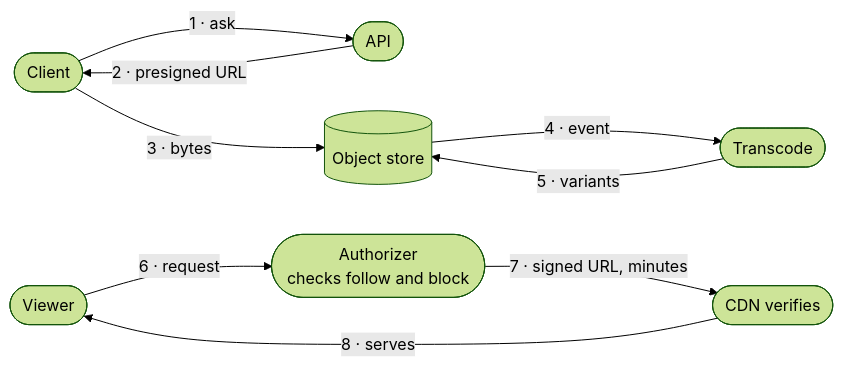
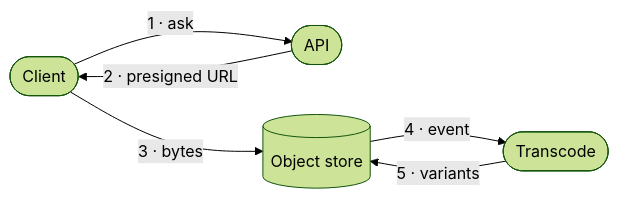
Before and after one commit to Laticent/lattice: diagram 20 of 21 in examples/system-design-foundations.md, drawn with Mermaid (forest theme). The commit also changed other lines of this file and 1 other file, not shown here.

First line of the commit message:
deck(examples): stop three diagrams teaching something false

````diff
--- a/examples/system-design-foundations.md
+++ b/examples/system-design-foundations.md
@@ -2761,11 +2777,8 @@
 ```mermaid
 flowchart LR
   C(["Client"]) -->|"1 · ask"| API(["API"])
   API -->|"2 · presigned URL"| C
   C -->|"3 · bytes"| OS[("Object store")]
   OS -->|"4 · event"| TR(["Transcode"])
   TR -->|"5 · variants"| OS
-  V(["Viewer"]) -->|"6 · request"| AZ(["Authorizer<br/>checks follow and block"])
-  AZ -->|"7 · signed URL, minutes"| CDN(["CDN verifies"])
-  CDN -->|"8 · serves"| V
 ```
````
